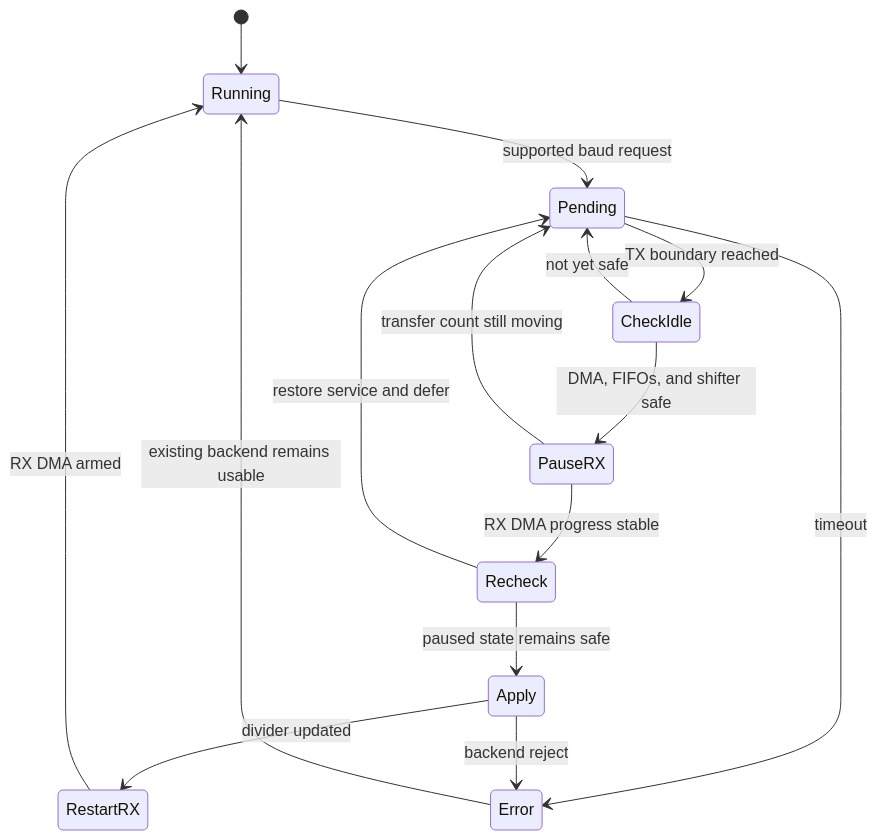
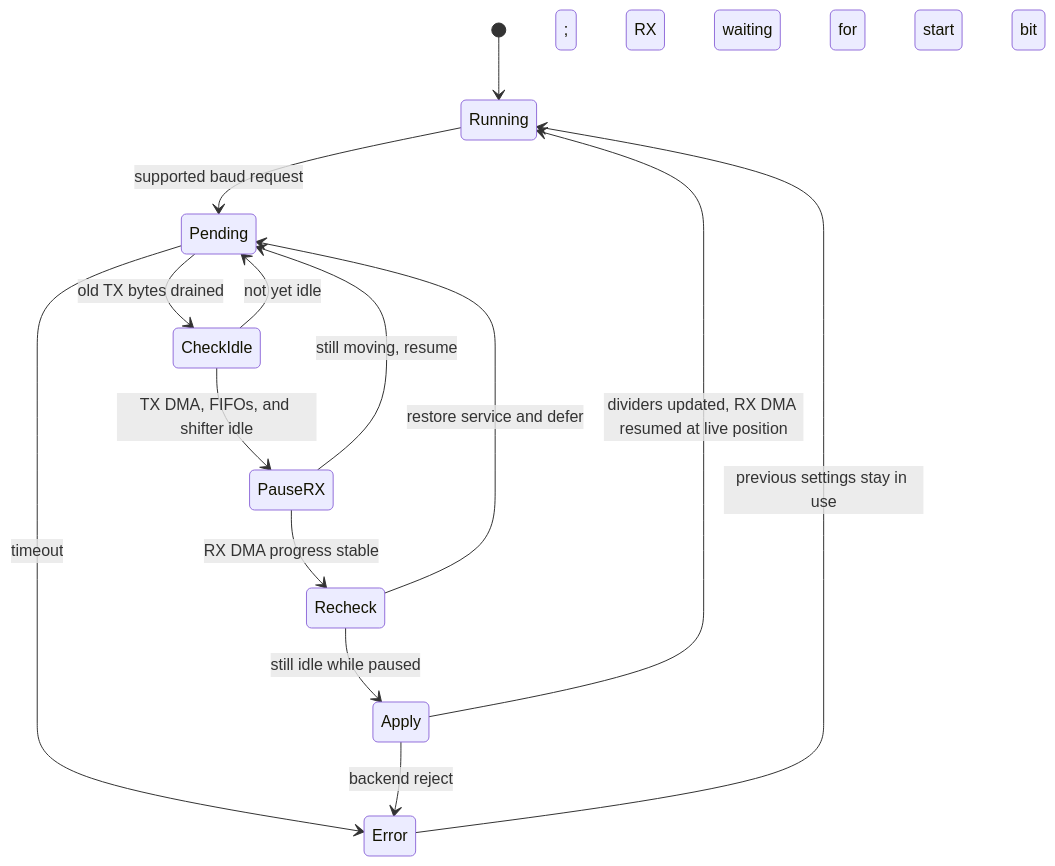
Before and after one commit to djwinter29-oss/PicoUart: the third of 3 diagrams in docs/design/uart/pio-uart-design.md, drawn with Mermaid. The commit also changed other lines of this file and 38 other files, not shown here.

````diff
--- a/docs/design/uart/pio-uart-design.md
+++ b/docs/design/uart/pio-uart-design.md
@@ -180,17 +71,16 @@
 ```mermaid
 stateDiagram-v2
   [*] --> Running
   Running --> Pending: supported baud request
-  Pending --> CheckIdle: TX boundary reached
-  CheckIdle --> PauseRX: DMA, FIFOs, and shifter safe
-  CheckIdle --> Pending: not yet safe
+  Pending --> CheckIdle: old TX bytes drained
+  CheckIdle --> PauseRX: TX DMA, FIFOs, and shifter idle; RX waiting for start bit
+  CheckIdle --> Pending: not yet idle
   PauseRX --> Recheck: RX DMA progress stable
-  PauseRX --> Pending: transfer count still moving
-  Recheck --> Apply: paused state remains safe
+  PauseRX --> Pending: still moving, resume
+  Recheck --> Apply: still idle while paused
   Recheck --> Pending: restore service and defer
-  Apply --> RestartRX: divider updated
-  RestartRX --> Running: RX DMA armed
+  Apply --> Running: dividers updated, RX DMA resumed at live position
   Pending --> Error: timeout
   Apply --> Error: backend reject
-  Error --> Running: existing backend remains usable
+  Error --> Running: previous settings stay in use
 ```
````
